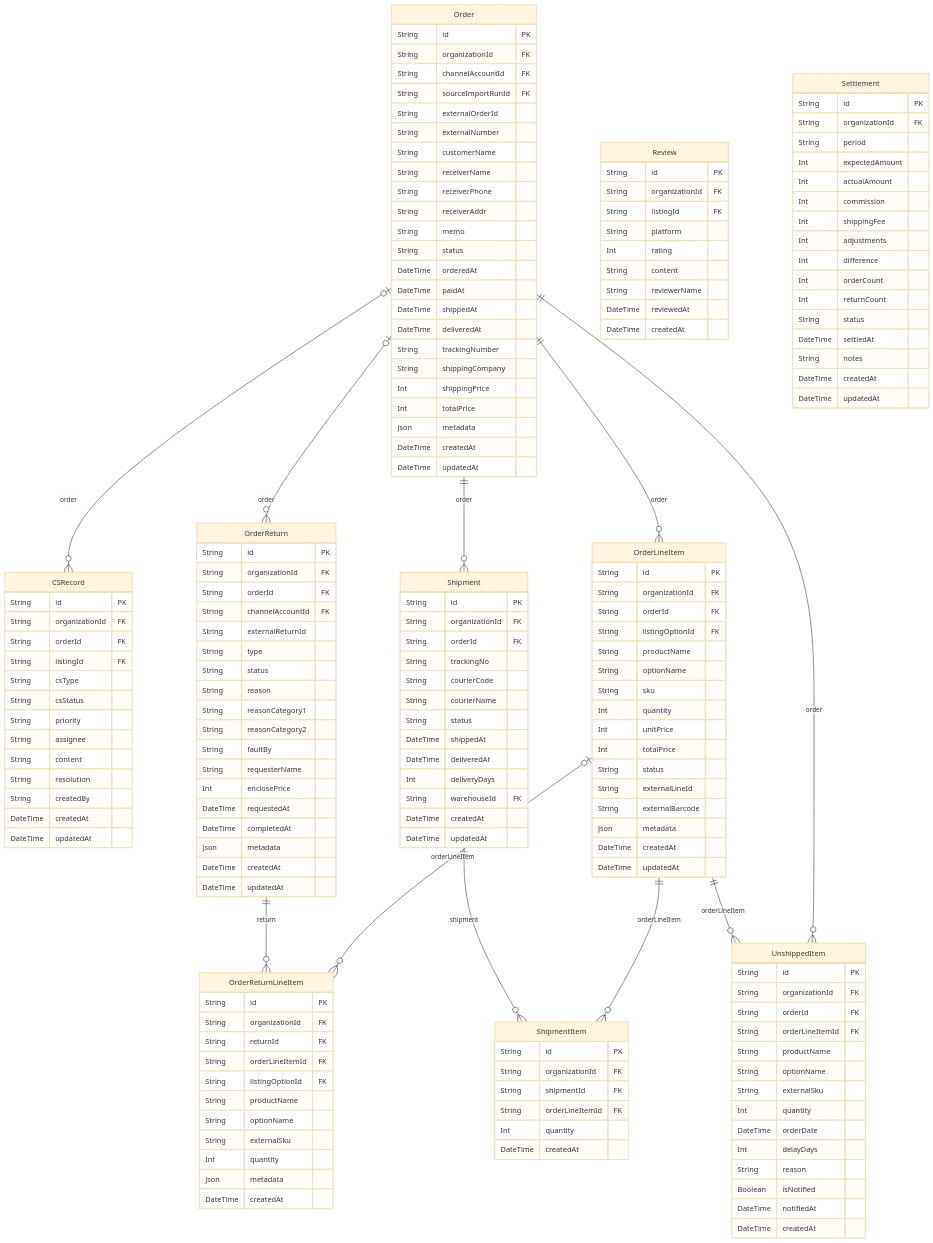
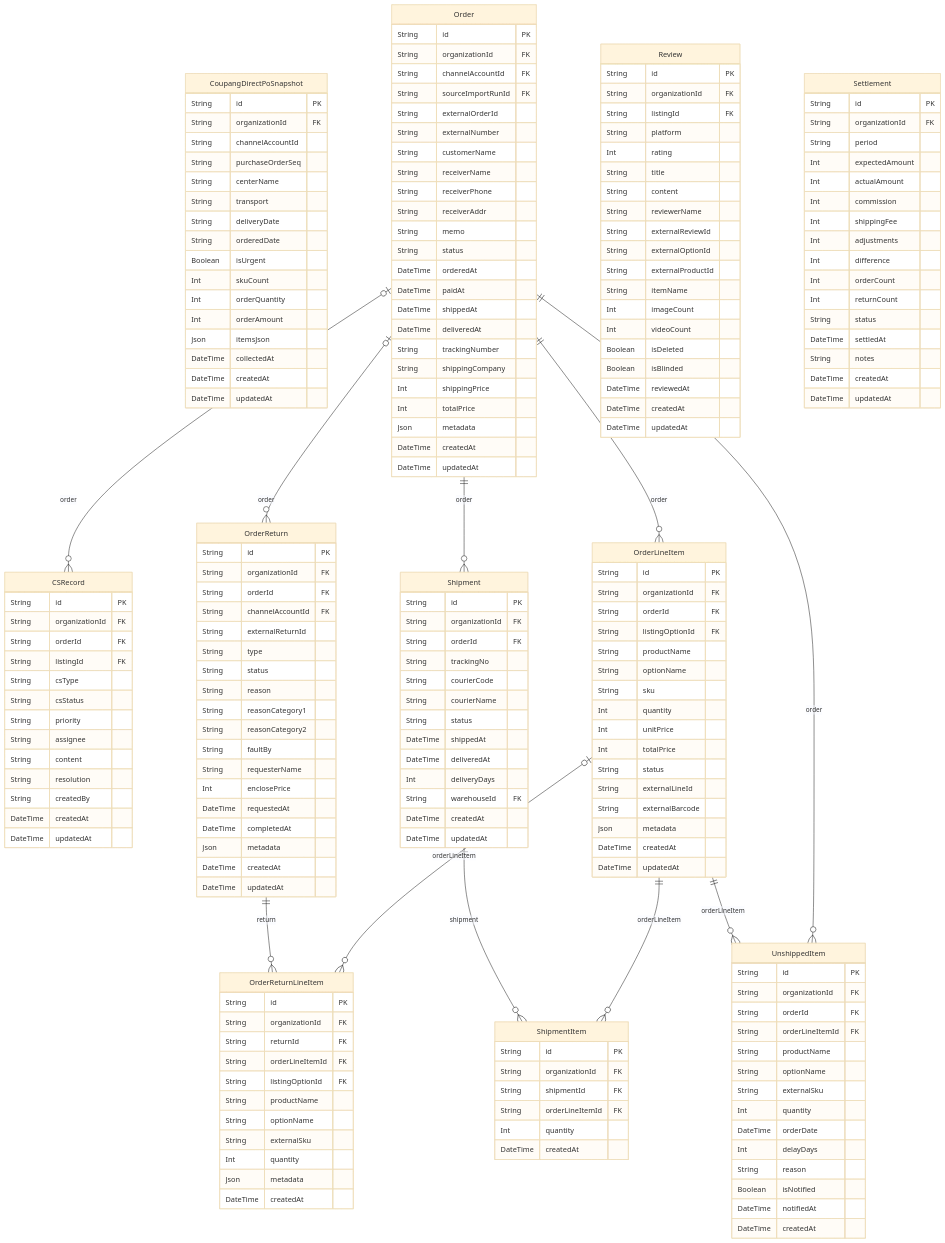
One commit to AgentFoundry-Labs/kiditem changed the diagram in docs/erd/orders.md. Above: the diagram before and after it, drawn with Mermaid (base theme). The commit also changed other lines of this file and 179 other files, not shown here.

````diff
--- a/docs/erd/orders.md
+++ b/docs/erd/orders.md
@@ -25,5 +26,23 @@
 ```mermaid
 erDiagram
+  CoupangDirectPoSnapshot {
+    String id PK
+    String organizationId FK
+    String channelAccountId
+    String purchaseOrderSeq
+    String centerName
+    String transport
+    String deliveryDate
+    String orderedDate
+    Boolean isUrgent
+    Int skuCount
+    Int orderQuantity
+    Int orderAmount
+    Json itemsJson
+    DateTime collectedAt
+    DateTime createdAt
+    DateTime updatedAt
+  }
   CSRecord {
     String id PK
     String organizationId FK
@@ -121,10 +140,20 @@
     String listingId FK
     String platform
     Int rating
+    String title
     String content
     String reviewerName
+    String externalReviewId
+    String externalOptionId
+    String externalProductId
+    String itemName
+    Int imageCount
+    Int videoCount
+    Boolean isDeleted
+    Boolean isBlinded
     DateTime reviewedAt
     DateTime createdAt
+    DateTime updatedAt
   }
   Settlement {
     String id PK
````
